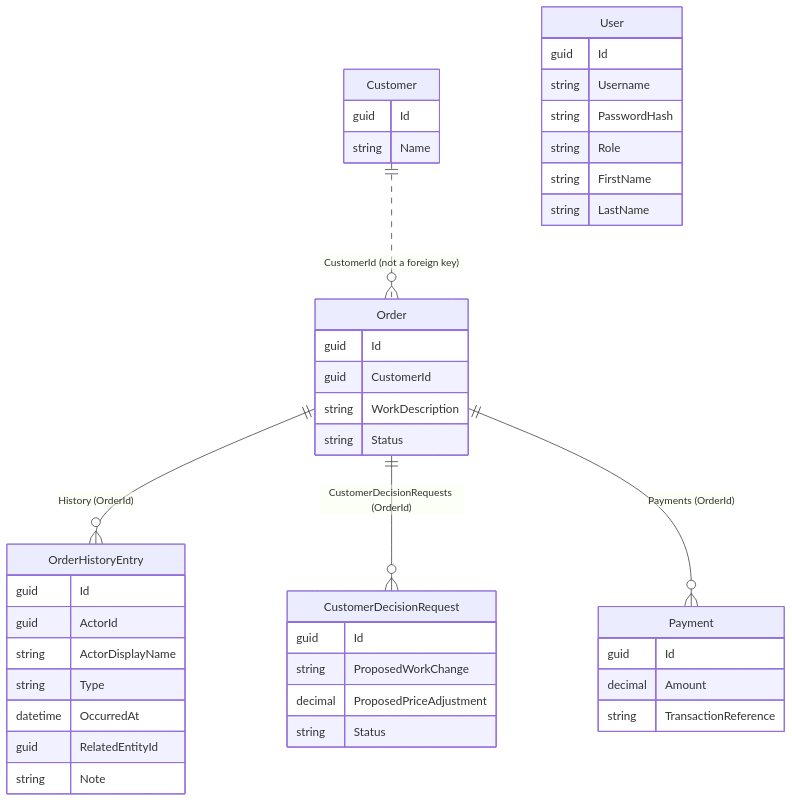
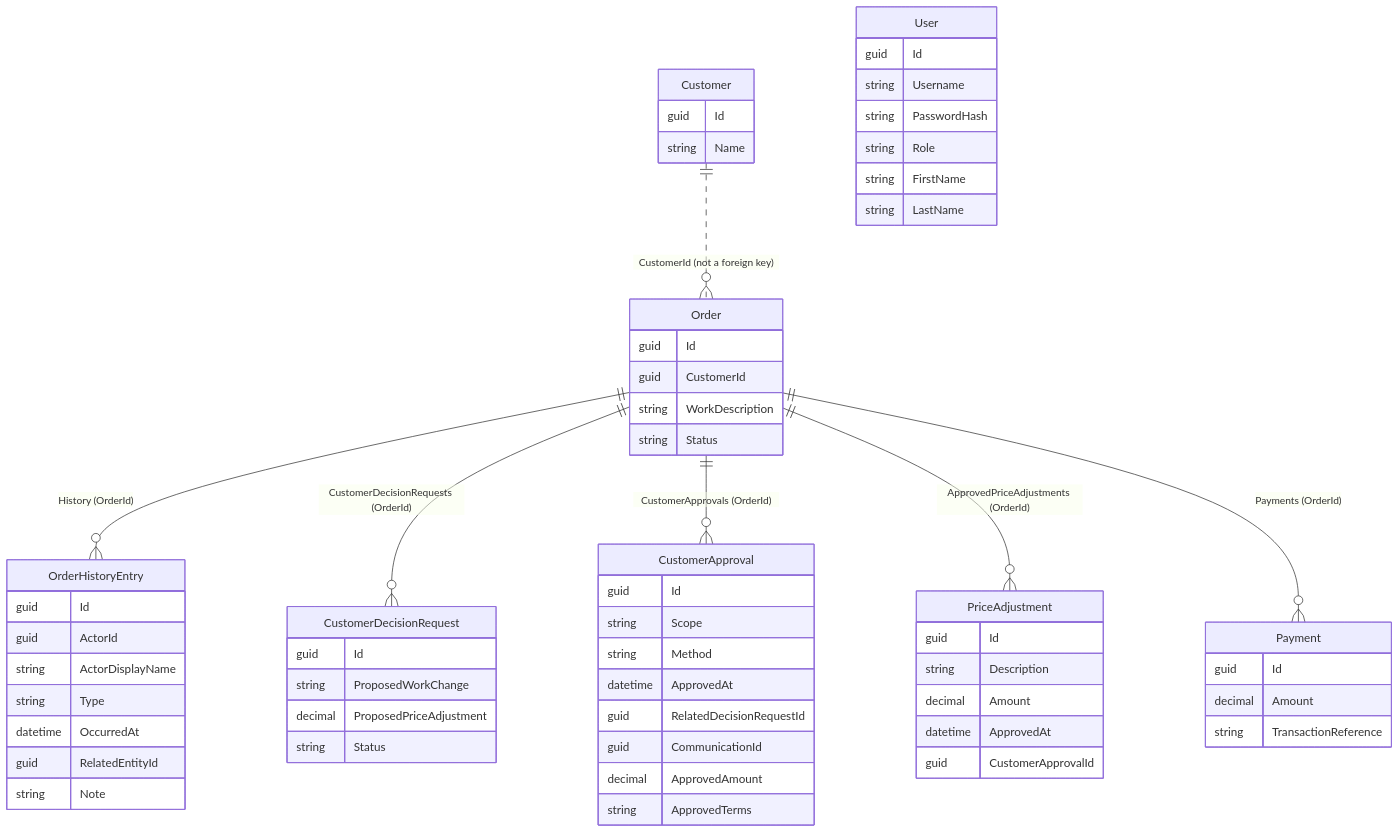
The third of 7 diagrams in Documentation/Specification.md (bj0594/TailorManager), drawn with Mermaid before and after one commit. The commit also changed other lines of this file, not shown here.

Commit message:
docs: check off Approve a change in the test list, and add the approvals and price adjustments to the data diagram

````diff
--- a/Documentation/Specification.md
+++ b/Documentation/Specification.md
@@ -196,45 +196,64 @@
 ```mermaid
 erDiagram
     Customer ||..o{ Order : "CustomerId (not a foreign key)"
     Customer {
         guid Id
         string Name
     }
     Order {
         guid Id
         guid CustomerId
         string WorkDescription
         string Status
     }
     User {
         guid Id
         string Username
         string PasswordHash
         string Role
         string FirstName
         string LastName
     }
     Order ||--o{ OrderHistoryEntry : "History (OrderId)"
     OrderHistoryEntry {
         guid Id
         guid ActorId
         string ActorDisplayName
         string Type
         datetime OccurredAt
         guid RelatedEntityId
         string Note
     }
     Order ||--o{ CustomerDecisionRequest : "CustomerDecisionRequests (OrderId)"
     CustomerDecisionRequest {
         guid Id
         string ProposedWorkChange
         decimal ProposedPriceAdjustment
         string Status
     }
+    Order ||--o{ CustomerApproval : "CustomerApprovals (OrderId)"
+    CustomerApproval {
+        guid Id
+        string Scope
+        string Method
+        datetime ApprovedAt
+        guid RelatedDecisionRequestId
+        guid CommunicationId
+        decimal ApprovedAmount
+        string ApprovedTerms
+    }
+    Order ||--o{ PriceAdjustment : "ApprovedPriceAdjustments (OrderId)"
+    PriceAdjustment {
+        guid Id
+        string Description
+        decimal Amount
+        datetime ApprovedAt
+        guid CustomerApprovalId
+    }
     Order ||--o{ Payment : "Payments (OrderId)"
     Payment {
         guid Id
         decimal Amount
         string TransactionReference
     }
 ```
````
